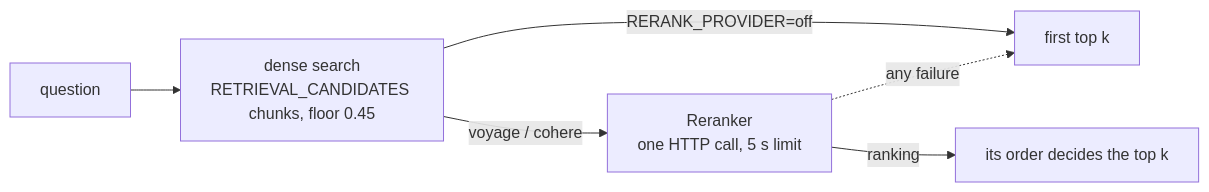
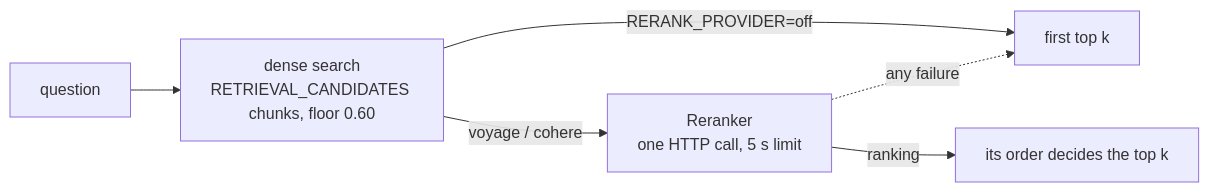
Before and after one commit to dsailajakrishna0-ship-it/customer-compass-v3-java: the fifth of 6 diagrams in docs/stages/J3-documents-and-rag.md, drawn with Mermaid. The commit also changed other lines of this file and 11 other files, not shown here.

````diff
--- a/docs/stages/J3-documents-and-rag.md
+++ b/docs/stages/J3-documents-and-rag.md
@@ -172,8 +172,8 @@
 ```mermaid
 flowchart LR
-  q["question"] --> search["dense search<br/>RETRIEVAL_CANDIDATES chunks, floor 0.45"]
+  q["question"] --> search["dense search<br/>RETRIEVAL_CANDIDATES chunks, floor 0.60"]
   search -->|"RERANK_PROVIDER=off"| top["first top k"]
   search -->|"voyage / cohere"| rr["Reranker<br/>one HTTP call, 5 s limit"]
   rr -->|"ranking"| ordered["its order decides the top k"]
   rr -.->|"any failure"| top
 ```
````
